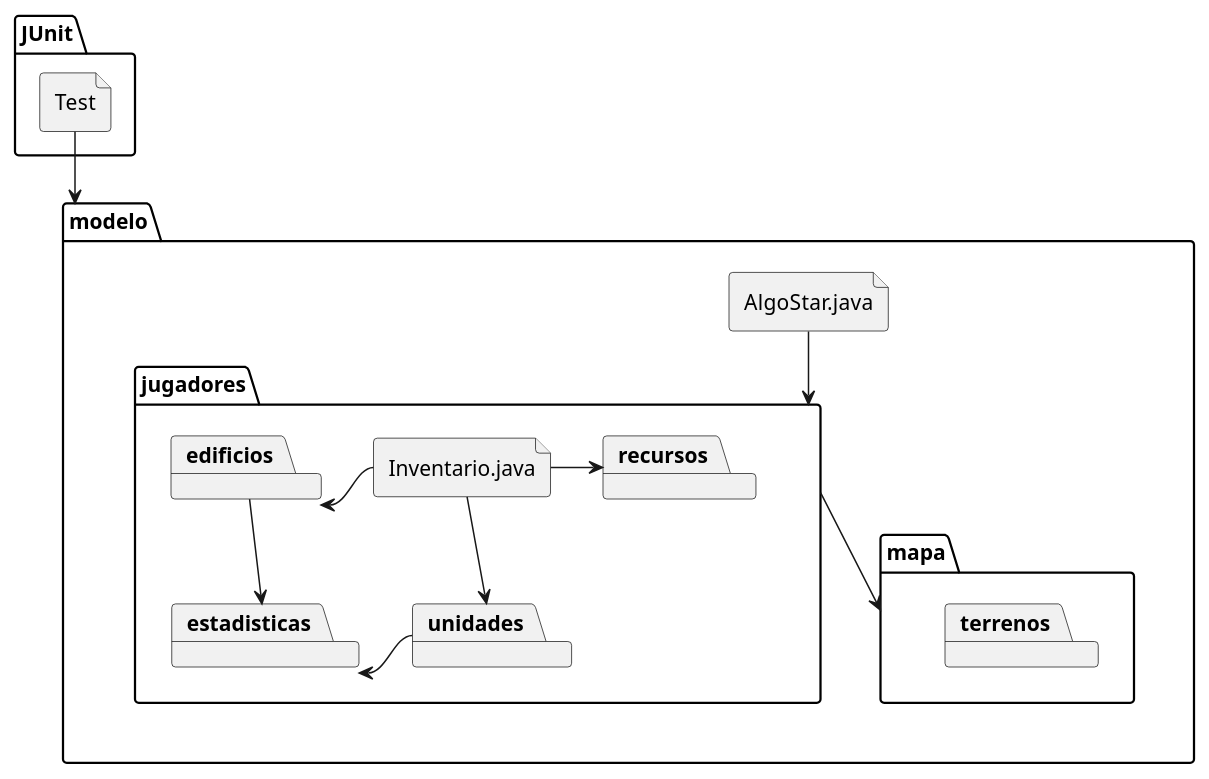
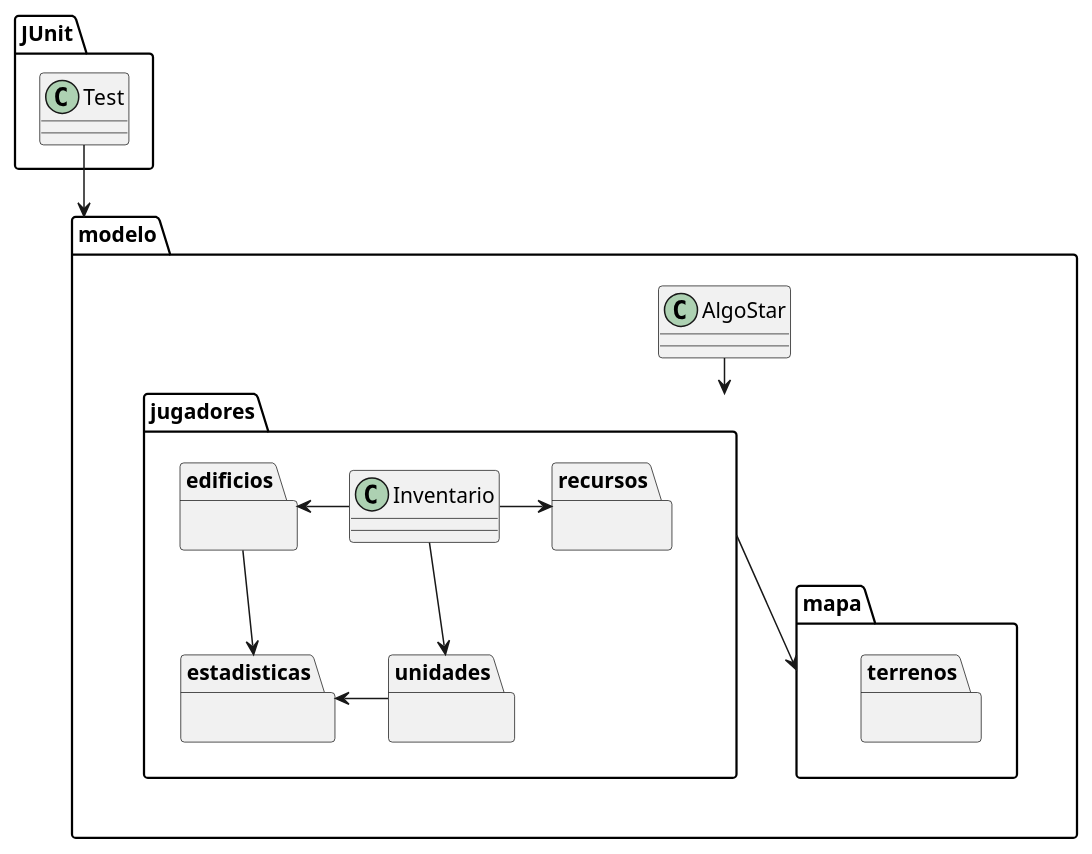
One commit to LucasMBarrientos/algo3_tp2 changed the diagram in diagrams/Modelo/packages/diagramaDePaquete.puml. Above: the diagram before and after it, drawn with PlantUML. The commit also changed 2 other files, not shown here.

Commit message:
diagramitas

```diff
--- a/diagrams/Modelo/packages/diagramaDePaquete.puml
+++ b/diagrams/Modelo/packages/diagramaDePaquete.puml
@@ -1,45 +1,45 @@
 @startuml
 
 
 
-package "modelo" {
-file AlgoStar.java
-package "jugadores" {
-file Inventario.java
-Inventario.java -> recursos
-Inventario.java --> unidades
-Inventario.java -left-> edificios
+package modelo {
+class AlgoStar
+package jugadores {
+class Inventario
+Inventario -> recursos
+Inventario --> unidades
+Inventario -left-> edificios
 package "recursos" {
 
 }
 
-package "edificios" {
+package edificios {
 
 }
-package "unidades" {
+package unidades {
 
 }
 edificios -->estadisticas
 unidades ->estadisticas
 
-package "estadisticas" {
+package estadisticas {
 
 }
 
 
 
 }
-AlgoStar.java -down-> jugadores
+AlgoStar -down-> jugadores
 jugadores --> mapa
-package "mapa" {
-package "terrenos" {
+package mapa {
+package terrenos {
 
 }
 }
 
 }
-package "JUnit" {
-        file Test
+package JUnit {
+        class Test
 }
 Test --> modelo
 @enduml
```
